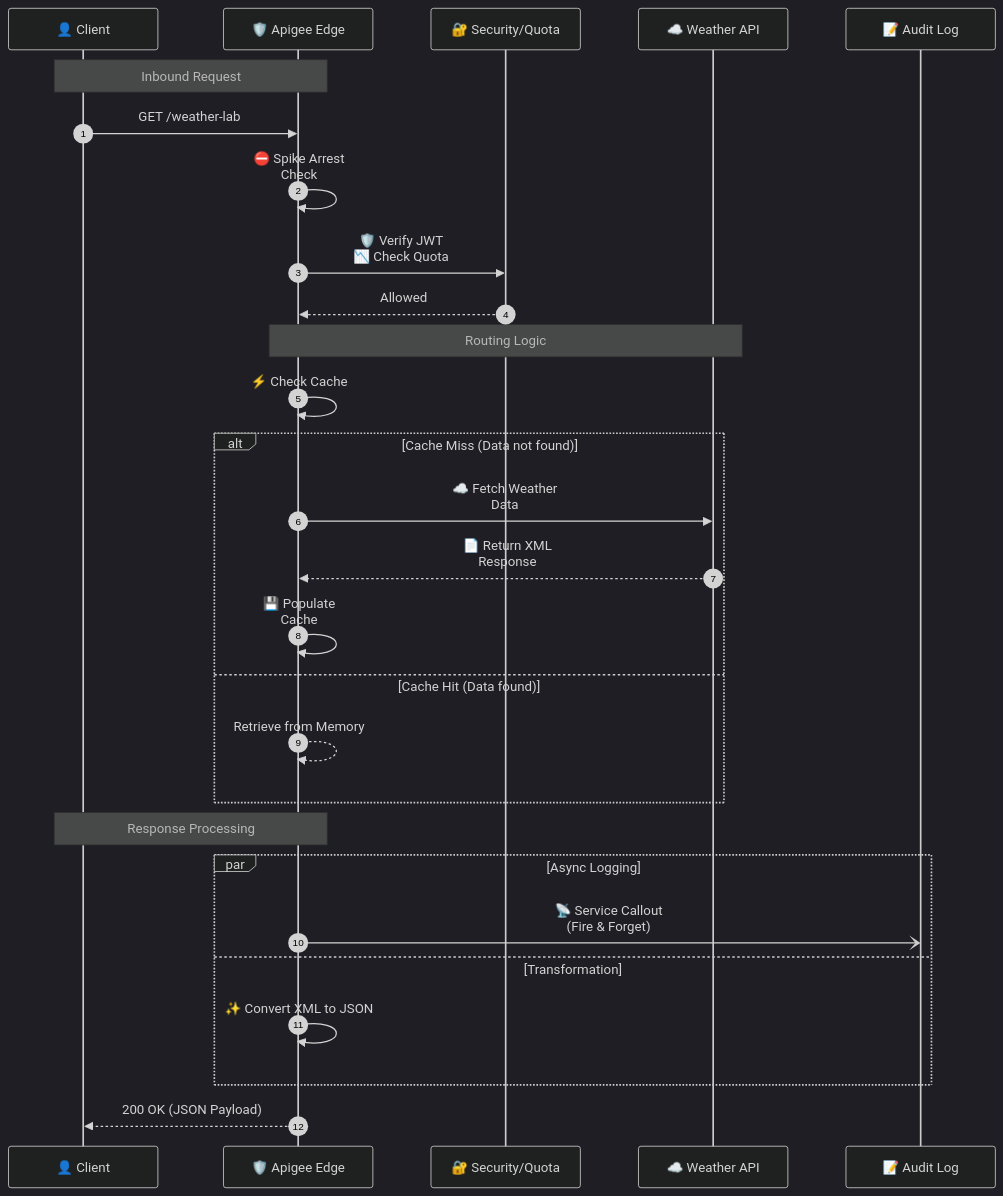
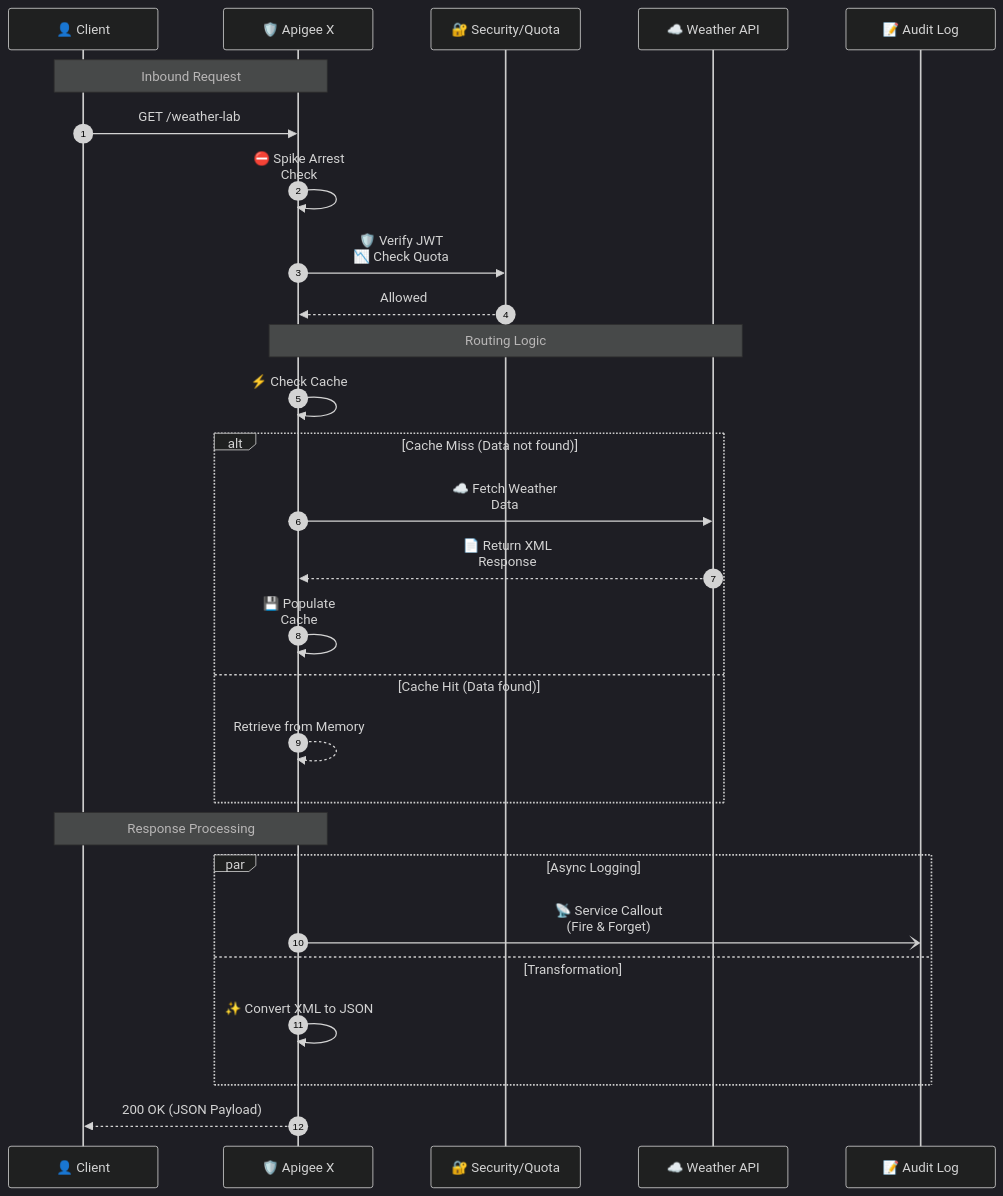
Before and after one commit to SunnyJayaRaju/Apigee-Lab: the first of 5 diagrams in README.md, drawn with Mermaid (dark theme). The commit also changed other lines of this file, not shown here.

Commit message:
Use the same diagram style in every project and tidy wording

````diff
--- a/README.md
+++ b/README.md
@@ -102,37 +100,37 @@
 ```mermaid
 %%{init: {"sequence": {"messageMargin": 55, "boxMargin": 12, "actorMargin": 70, "width": 180, "height": 50}}}%%
 sequenceDiagram
     autonumber
     participant Client as 👤 Client
-    participant Apigee as 🛡️ Apigee Edge
+    participant Apigee as 🛡️ Apigee X
     participant Auth as 🔐 Security/Quota
     participant Backend as ☁️ Weather API
     participant LogServer as 📝 Audit Log
 
     Note over Client, Apigee: Inbound Request
     Client->>Apigee: GET /weather-lab
     Apigee->>Apigee: ⛔️ Spike Arrest<br/>Check
-    
+
     Apigee->>Auth: 🛡️ Verify JWT<br/>📉 Check Quota
     Auth-->>Apigee: Allowed
-    
+
     Note over Apigee, Backend: Routing Logic
     Apigee->>Apigee: ⚡️ Check Cache
-    
+
     alt Cache Miss (Data not found)
         Apigee->>Backend: ☁️ Fetch Weather<br/>Data
         Backend-->>Apigee: 📄 Return XML<br/>Response
         Apigee->>Apigee: 💾 Populate<br/>Cache
     else Cache Hit (Data found)
         Apigee-->>Apigee: Retrieve from Memory
     end
 
     Note over Apigee, Client: Response Processing
     par Async Logging
         Apigee-)LogServer: 📡 Service Callout<br/>(Fire & Forget)
     and Transformation
         Apigee->>Apigee: ✨ Convert XML to JSON
     end
-    
+
     Apigee-->>Client: 200 OK (JSON Payload)
 ```
````
